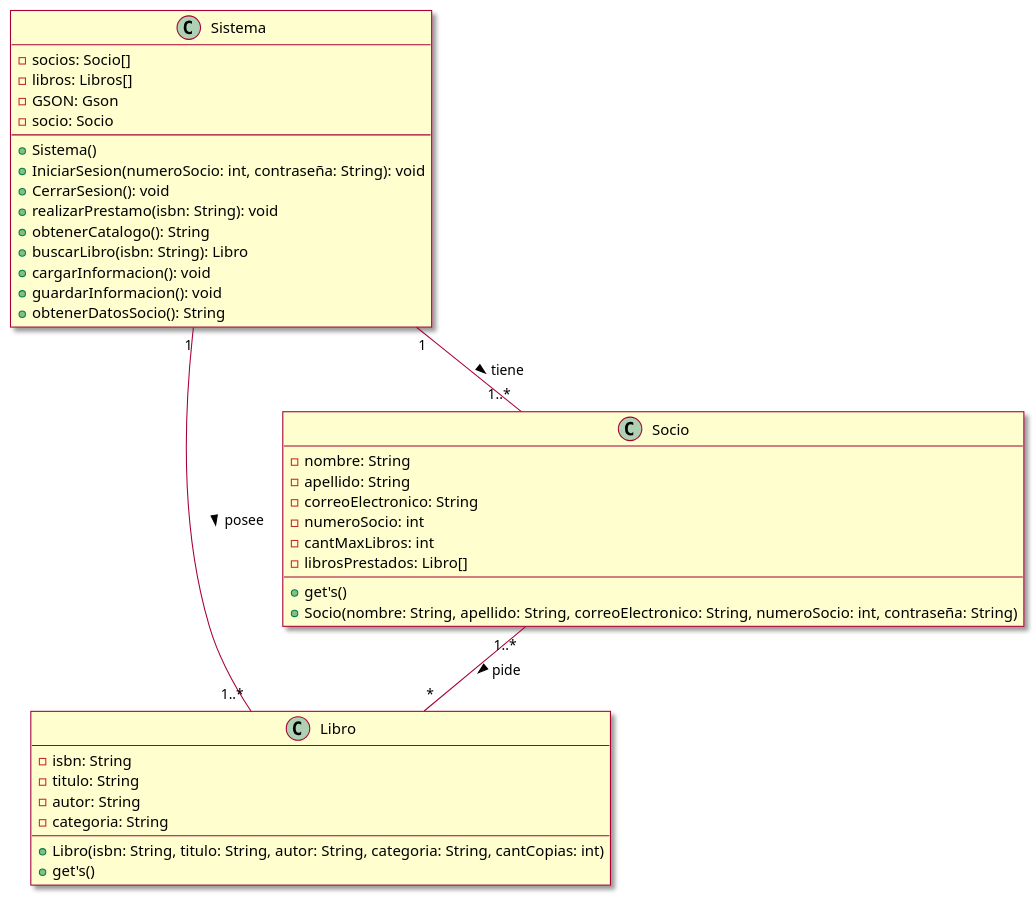
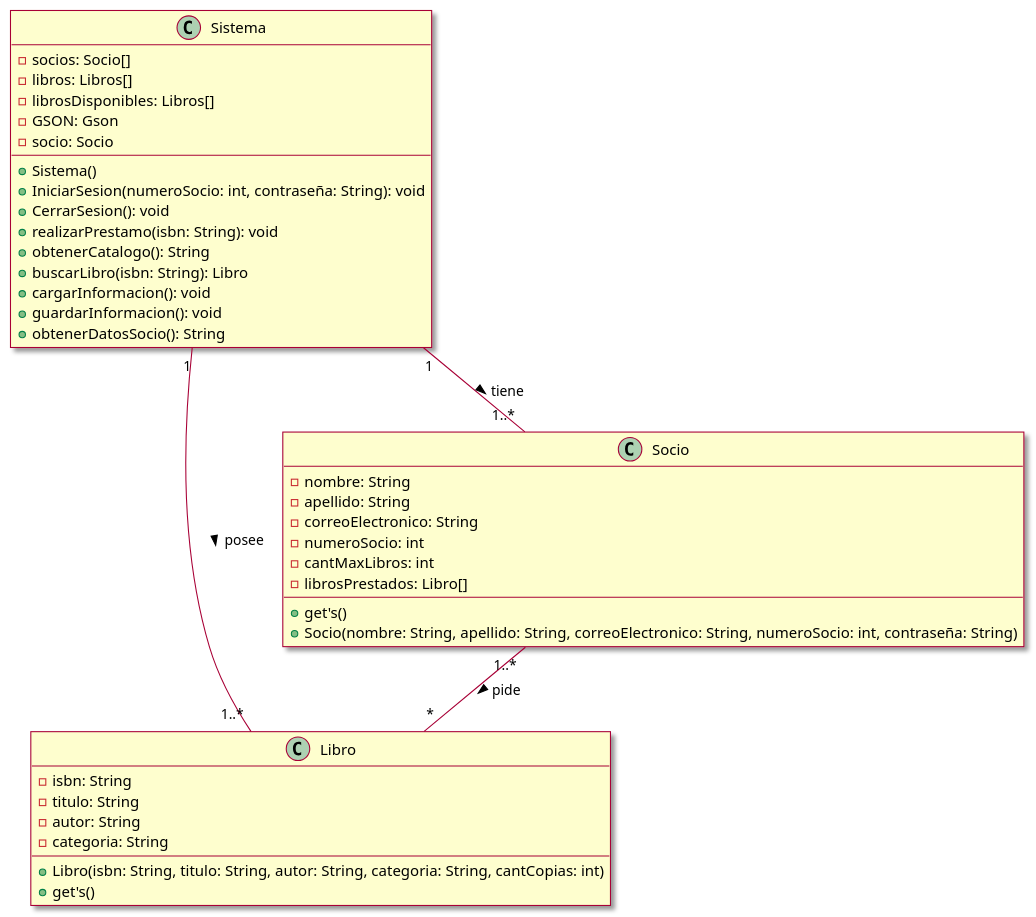
Before and after one commit to ProMDFK123/Taller2: the diagram in bibliotech/clases.puml, drawn with PlantUML. The commit also changed 2 other files, not shown here.

```diff
--- a/bibliotech/clases.puml
+++ b/bibliotech/clases.puml
@@ -1,43 +1,44 @@
 @startuml
 skin rose
 
 Class Libro{
 -isbn: String
 -titulo: String
 -autor: String
 -categoria: String
 +Libro(isbn: String, titulo: String, autor: String, categoria: String, cantCopias: int)
 +get's()
 }
 
 Class Socio{
 -nombre: String
 -apellido: String
 -correoElectronico: String
 -numeroSocio: int
 -cantMaxLibros: int
 -librosPrestados: Libro[]
 +get's()
 +Socio(nombre: String, apellido: String, correoElectronico: String, numeroSocio: int, contraseña: String)
 }
 
 Class Sistema{
 -socios: Socio[]
 -libros: Libros[]
+-librosDisponibles: Libros[]
 -GSON: Gson
 -socio: Socio
 +Sistema()
 +IniciarSesion(numeroSocio: int, contraseña: String): void
 +CerrarSesion(): void
 +realizarPrestamo(isbn: String): void
 +obtenerCatalogo(): String
 +buscarLibro(isbn: String): Libro
 +cargarInformacion(): void
 +guardarInformacion(): void
 +obtenerDatosSocio(): String
 }
 
 Sistema"1"--"1..*"Libro: posee >
 Sistema"1"--"1..*"Socio: tiene >
 Socio"1..*"--"*"Libro: pide >
 @enduml
```
